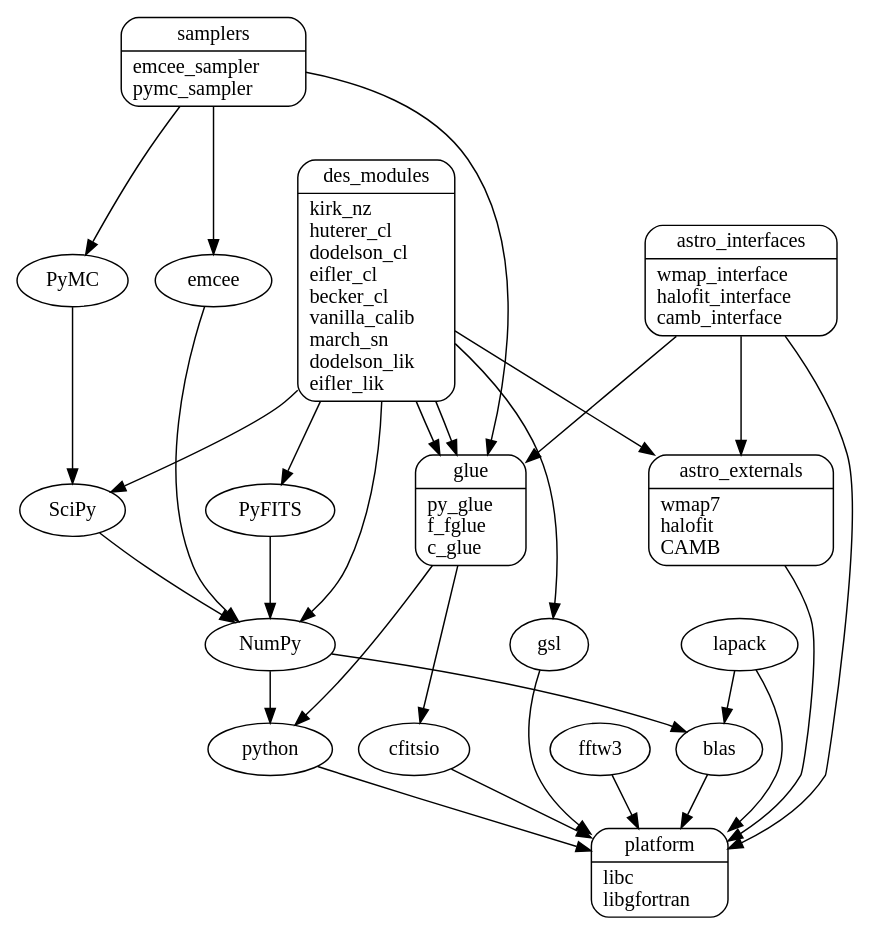
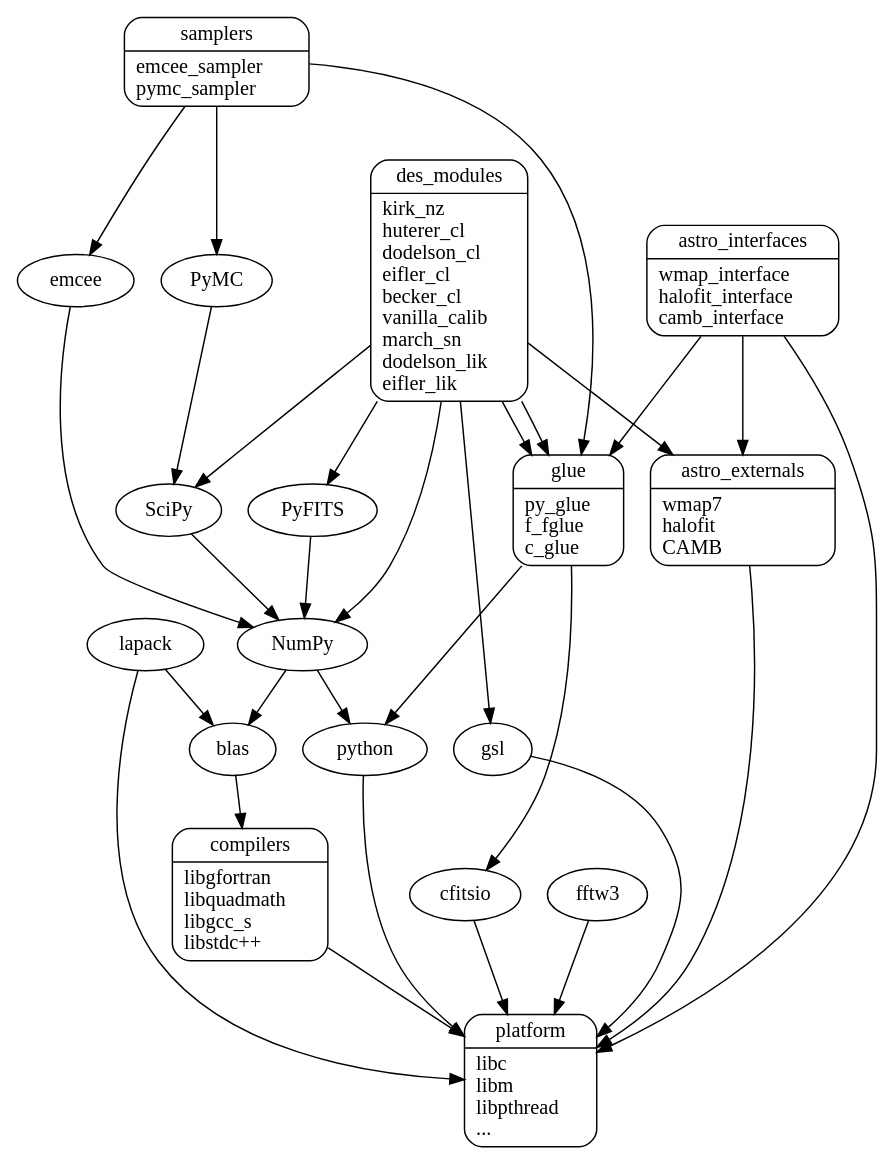
Before and after one commit to joezuntz/cosmosis: the diagram in doc/astro_packages.dot, drawn with Graphviz. The commit also changed 1 other file, not shown here.

Commit message:
Further tweaks to dependency diagram

```diff
--- a/doc/astro_packages.dot
+++ b/doc/astro_packages.dot
@@ -1,74 +1,93 @@
 
 digraph depends
 {
   #rankdir=LR
 
   subgraph plat
   {
-    platform         [shape=Mrecord, label="{platform | libc \llibgfortran\l}" ]
+    platform         [shape=Mrecord, label="{platform | libc \llibm\llibpthread\l...\l}" ]
   }
+
+  subgraph compilers
+  {
+    compilers [shape=Mrecord, label="{compilers | libgfortran\llibquadmath\llibgcc_s\llibstdc++\l}" ]
+    # rank = same;
+    # libgfortran;
+    # libquadmath;
+    # libgcc_s [label="libgcc_s"];
+    # libstdcpp [label="libstdc++"];
+  }
+
+  # libgfortran -> libquadmath;
+  # libstdcpp -> libgcc_s;
+  # libgfortran -> platform;
+  # libquadmath -> platform;
+  # libgcc_s -> platform;
+  # libstdcpp -> platform;
+
+  compilers -> platform;
 
   subgraph externals
   {
     label = "externals";
     #rank = same;
     python  [ label="python" ];
     cfitsio [ label="cfitsio" ];
     gsl     [ label="gsl" ];
     fftw3   [ label="fftw3" ];
     lapack  [ label="lapack" ];
     blas    [ label="blas" ];
   }
   lapack -> blas;
-  blas -> platform;
+  blas -> compilers;
 
   subgraph low
   {
     #rank = same;
     astro_externals  [shape=Mrecord, label="{astro_externals |wmap7\lhalofit\lCAMB\l}"]
     SciPy -> NumPy -> python;
     NumPy -> blas;
     PyFITS -> NumPy;
     PyMC -> SciPy;
     emcee -> NumPy;
   }
 
   subgraph middle
   {
     glue             [shape=Mrecord, label="{glue | py_glue \lf_fglue \lc_glue\l}"]
     samplers [shape=Mrecord, label="{samplers|emcee_sampler\lpymc_sampler\l}"]
   }
 
   subgraph top
   {
     astro_interfaces [shape=Mrecord, label="{astro_interfaces |wmap_interface\lhalofit_interface\lcamb_interface\l}"]
     des_modules [shape=Mrecord, label="{des_modules|kirk_nz\lhuterer_cl\ldodelson_cl\leifler_cl\lbecker_cl\lvanilla_calib\lmarch_sn\ldodelson_lik\leifler_lik\l}"]
   }
 
   cfitsio -> platform;
   gsl -> platform;
   fftw3 -> platform;
   lapack -> platform;
 
   des_modules -> glue;
   des_modules -> gsl;
   des_modules -> astro_externals;
   des_modules -> PyFITS;
   des_modules -> glue;
   des_modules -> SciPy;
   des_modules -> NumPy;
 
   astro_interfaces -> glue;
   astro_interfaces -> platform;
   astro_interfaces -> astro_externals;
   astro_externals -> platform;
 
   samplers -> emcee;
   samplers -> PyMC;
   samplers -> glue;
 
   glue -> cfitsio;
   glue -> python;
   python [ label="python" ];
   python -> platform;
 }
```
